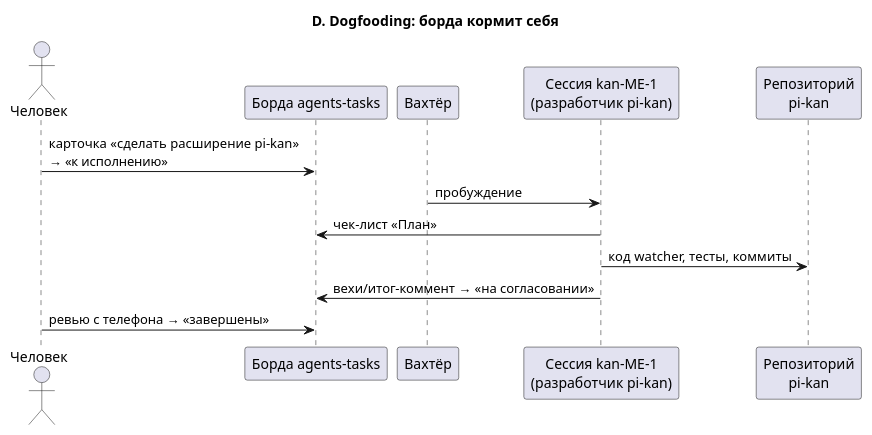
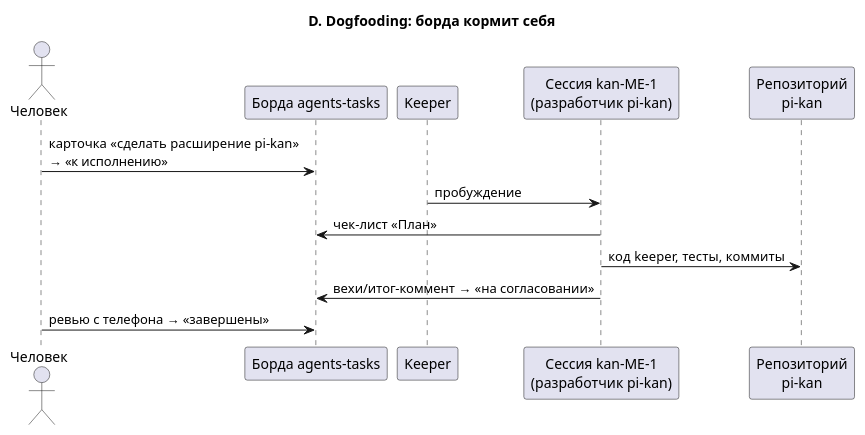
One commit to BotoVed/pi-kan changed the fourth of 4 diagrams in docs/SEQUENCES.md. Above: the diagram before and after it, drawn with PlantUML. The commit also changed other lines of this file and 12 other files, not shown here.

Commit message:
refactor: вахтёр → keeper (хранитель); фиксы автоцикла/429/spawn; systemd-юнит kan-keeper

````diff
--- a/docs/SEQUENCES.md
+++ b/docs/SEQUENCES.md
@@ -95,17 +95,17 @@
 ```plantuml
 @startuml
 title D. Dogfooding: борда кормит себя
 actor "Человек" as U
 participant "Борда agents-tasks" as B
-participant "Вахтёр" as W
+participant "Keeper" as W
 participant "Сессия kan-ME-1\n(разработчик pi-kan)" as A
 participant "Репозиторий\npi-kan" as R
 
 U -> B : карточка «сделать расширение pi-kan»\n→ «к исполнению»
 W -> A : пробуждение
 A -> B : чек-лист «План»
-A -> R : код watcher, тесты, коммиты
+A -> R : код keeper, тесты, коммиты
 A -> B : вехи/итог-коммент → «на согласовании»
 U -> B : ревью с телефона → «завершены»
 @enduml
 ```
````
